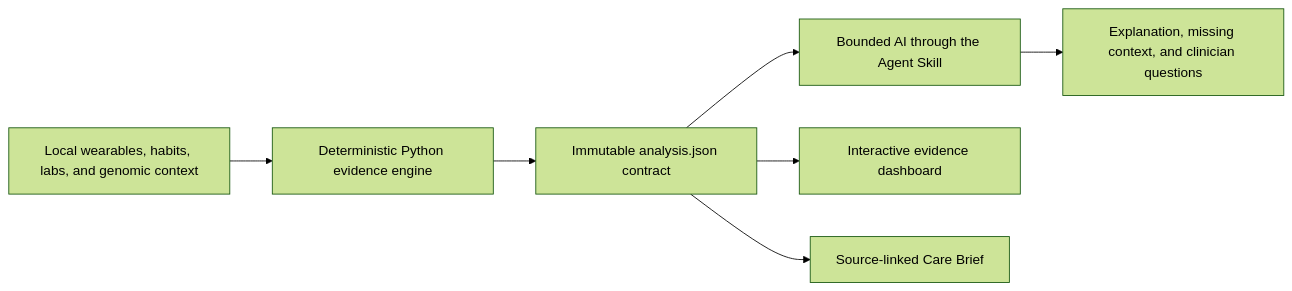
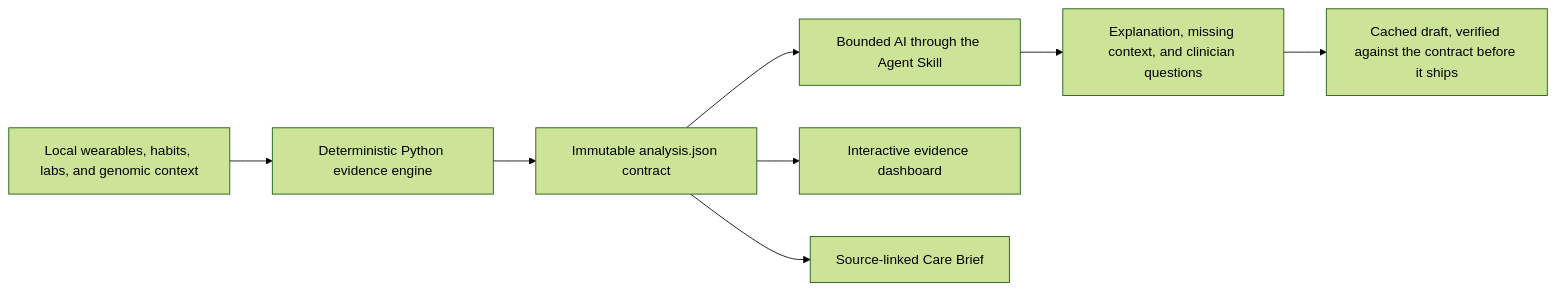
The diagram in README.md (bakulbadwal/liveforever-care-brief), drawn with Mermaid (forest theme) before and after one commit. The commit also changed other lines of this file and 10 other files, not shown here.

First line of the commit message:
Refresh README and submission docs for the handbook design and the verified AI draft

````diff
--- a/README.md
+++ b/README.md
@@ -117,9 +150,10 @@
 ```mermaid
 flowchart LR
     A["Local wearables, habits, labs, and genomic context"] --> B["Deterministic Python evidence engine"]
     B --> C["Immutable analysis.json contract"]
     C --> D["Bounded AI through the Agent Skill"]
     D --> E["Explanation, missing context, and clinician questions"]
+    E --> H["Cached draft, verified against the contract before it ships"]
     C --> F["Interactive evidence dashboard"]
     C --> G["Source-linked Care Brief"]
 ```
````
